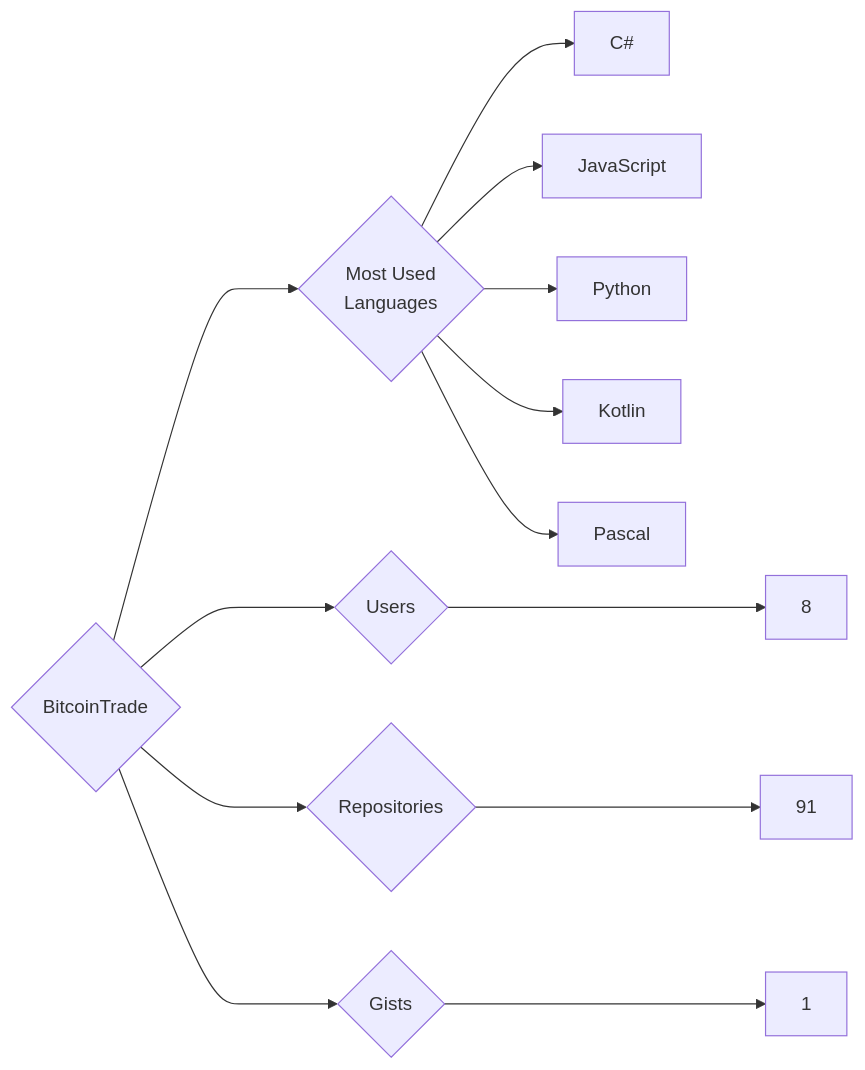
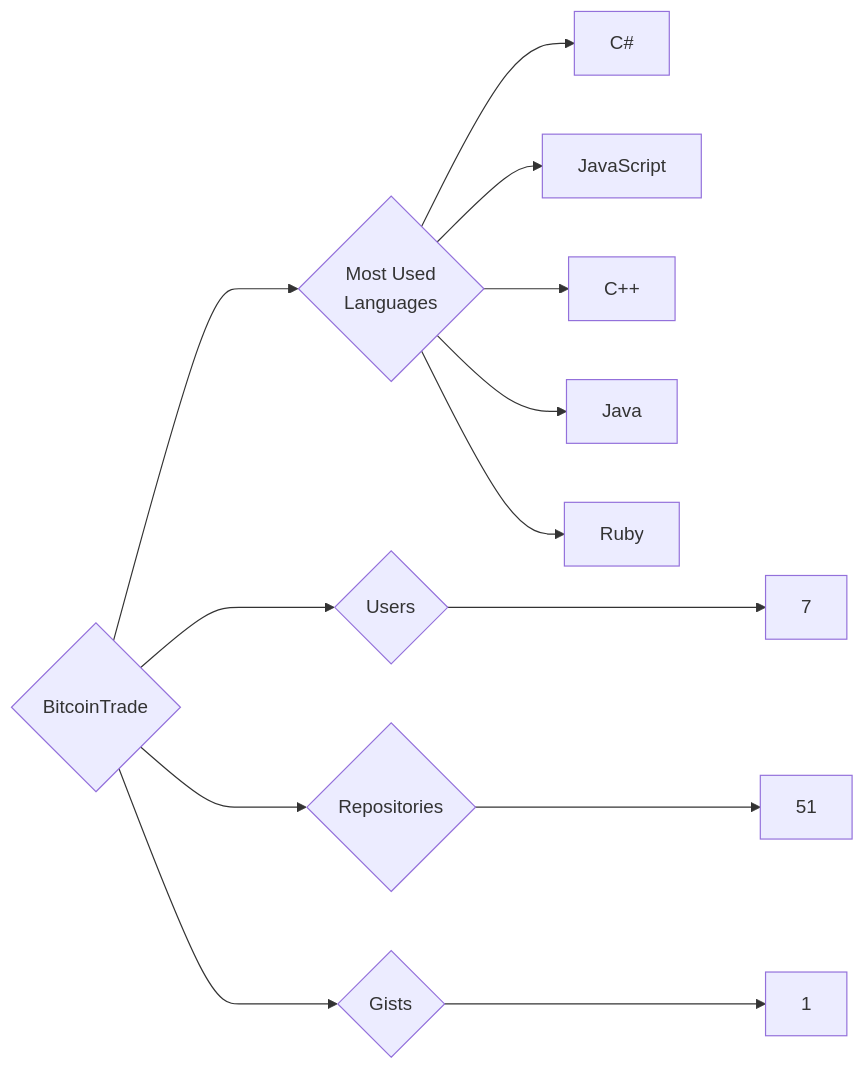
Before and after one commit to trickest/insiders: the diagram in targets/BitcoinTrade/README.md, drawn with Mermaid. The commit also changed 1167 other files, not shown here.

````diff
--- a/targets/BitcoinTrade/README.md
+++ b/targets/BitcoinTrade/README.md
@@ -3,13 +3,13 @@
 ```mermaid
 graph LR
 COMPANY_NAME{BitcoinTrade}
-COMPANY_NAME ---> U{Users} ---> UN[8]
-COMPANY_NAME ---> R{Repositories} ---> RN[91]
+COMPANY_NAME ---> U{Users} ---> UN[7]
+COMPANY_NAME ---> R{Repositories} ---> RN[51]
 COMPANY_NAME ---> G{Gists} ---> GN[1]
 COMPANY_NAME ---> ML{Most Used<br>Languages}
 ML --> C#[C#]
 ML --> JavaScript[JavaScript]
-ML --> Python[Python]
-ML --> Kotlin[Kotlin]
-ML --> Pascal[Pascal]
+ML --> C++[C++]
+ML --> Java[Java]
+ML --> Ruby[Ruby]
 ```
````
